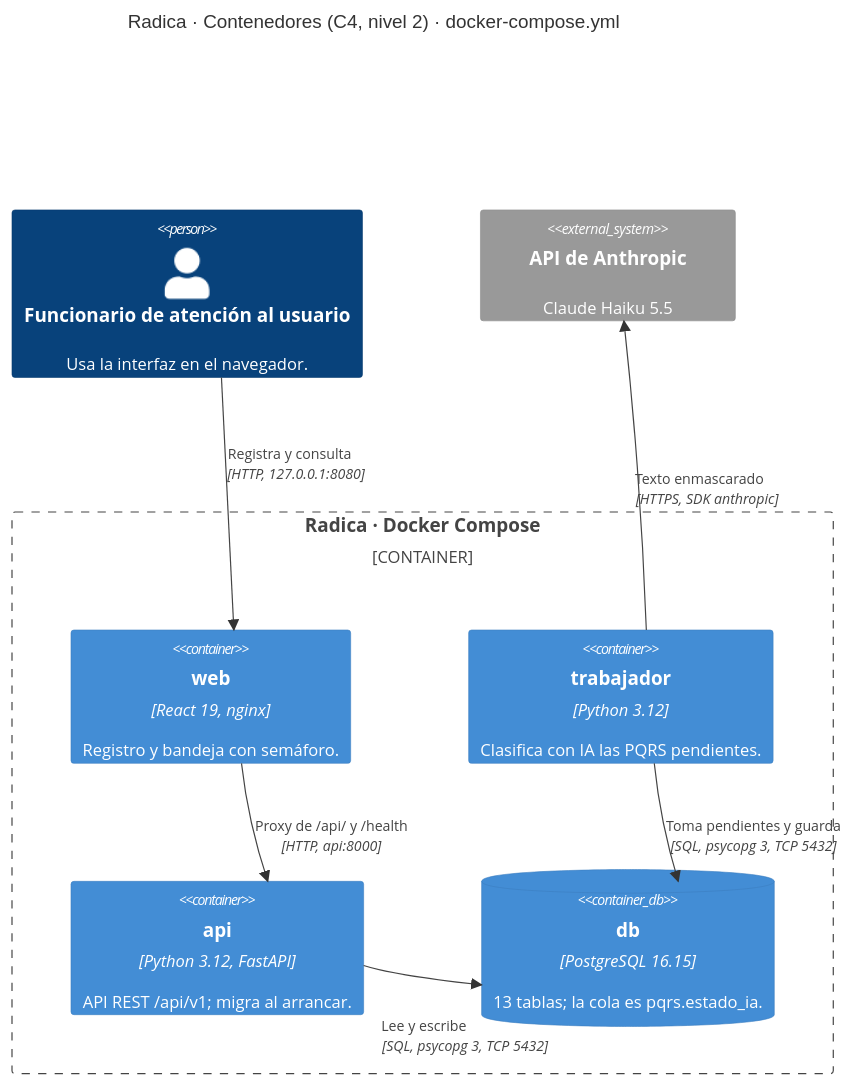
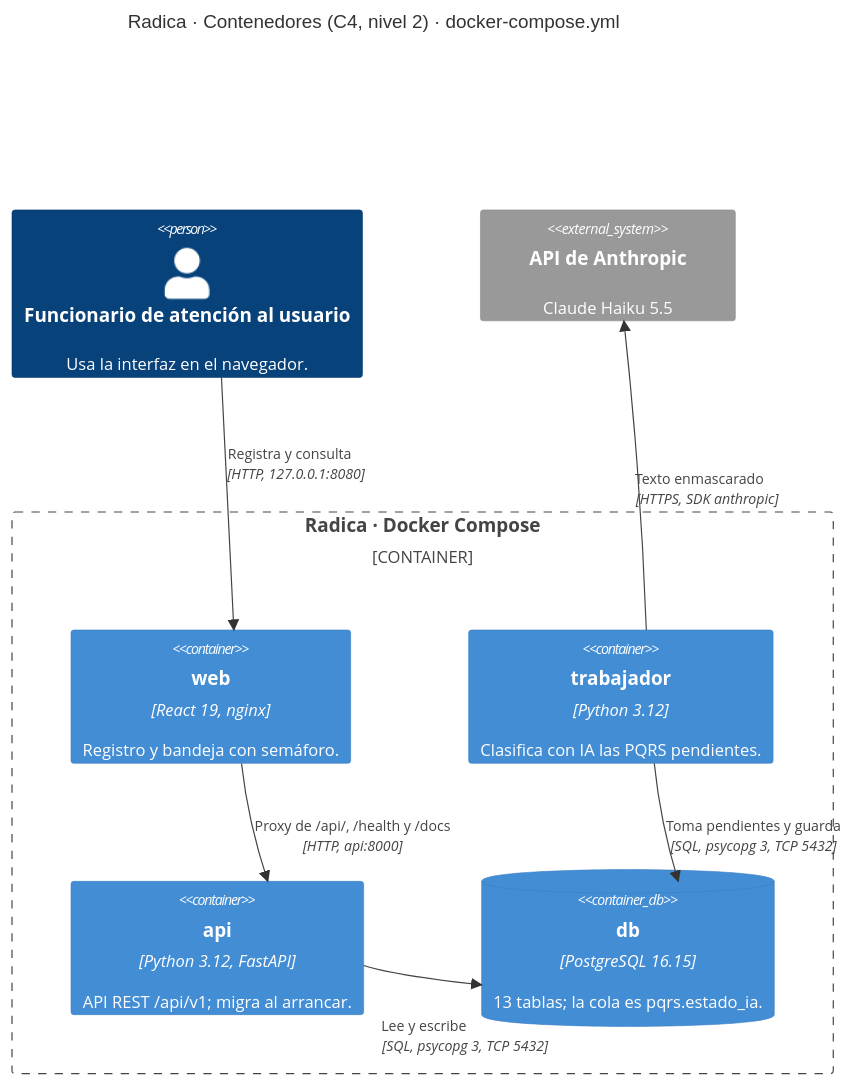
One commit to jmchavez17/radica changed the second of 2 diagrams in docs/arquitectura.md. Above: the diagram before and after it, drawn with Mermaid. The commit also changed other lines of this file and 1 other file, not shown here.

````diff
--- a/docs/arquitectura.md
+++ b/docs/arquitectura.md
@@ -33,25 +35,25 @@
 ```mermaid
 C4Container
     title Radica · Contenedores (C4, nivel 2) · docker-compose.yml
 
     Person(funcionario, "Funcionario de atención al usuario", "Usa la interfaz en el navegador.")
 
     System_Ext(anthropic, "API de Anthropic", "Claude Haiku 5.5")
 
     Container_Boundary(radica, "Radica · Docker Compose") {
         Container(web, "web", "React 19, nginx", "Registro y bandeja con semáforo.")
         Container(trabajador, "trabajador", "Python 3.12", "Clasifica con IA las PQRS pendientes.")
         Container(api, "api", "Python 3.12, FastAPI", "API REST /api/v1; migra al arrancar.")
         ContainerDb(db, "db", "PostgreSQL 16.15", "13 tablas; la cola es pqrs.estado_ia.")
     }
 
     Rel(funcionario, web, "Registra y consulta", "HTTP, 127.0.0.1:8080")
-    Rel(web, api, "Proxy de /api/ y /health", "HTTP, api:8000")
+    Rel(web, api, "Proxy de /api/, /health y /docs", "HTTP, api:8000")
     Rel(api, db, "Lee y escribe", "SQL, psycopg 3, TCP 5432")
     Rel(trabajador, db, "Toma pendientes y guarda", "SQL, psycopg 3, TCP 5432")
     Rel(trabajador, anthropic, "Texto enmascarado", "HTTPS, SDK anthropic")
 
     UpdateRelStyle(funcionario, web, $offsetY="-45")
     UpdateRelStyle(api, db, $offsetX="-35", $offsetY="40")
     UpdateLayoutConfig($c4ShapeInRow="2", $c4BoundaryInRow="1")
 ```
````
